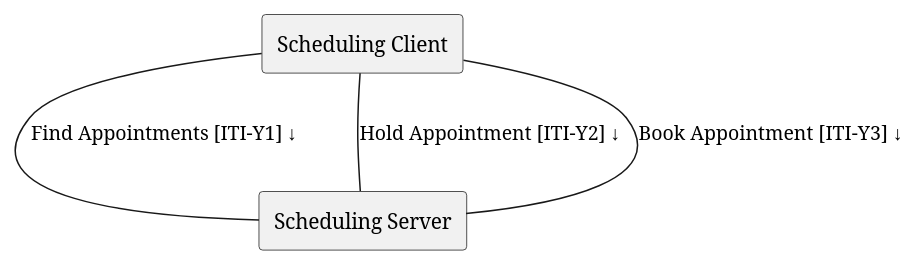
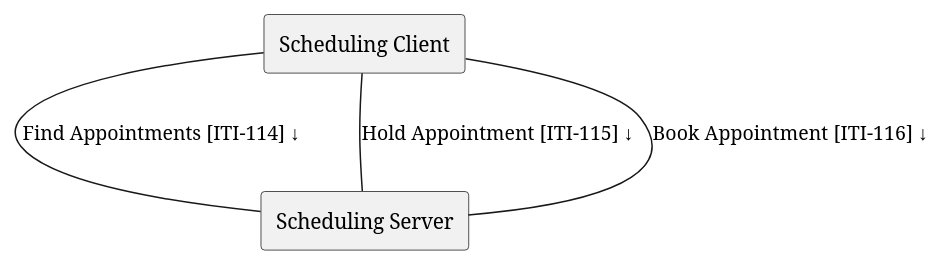
One commit to IHE/ITI.Scheduling changed the diagram in input/images-source/ActorsAndTransactions.plantuml. Above: the diagram before and after it, drawn with PlantUML. The commit also changed 12 other files, not shown here.

```diff
--- a/input/images-source/ActorsAndTransactions.plantuml
+++ b/input/images-source/ActorsAndTransactions.plantuml
@@ -1,7 +1,7 @@
 @startuml ActorsAndTransactions
 agent "Scheduling Client" as Client
 agent "Scheduling Server" as Server
-Client -- Server : "Find Appointments [ITI-Y1] ↓"
-Client -- Server : "Hold Appointment [ITI-Y2] ↓"
-Client -- Server : "Book Appointment [ITI-Y3] ↓"
+Client -- Server : "Find Appointments [ITI-114] ↓"
+Client -- Server : "Hold Appointment [ITI-115] ↓"
+Client -- Server : "Book Appointment [ITI-116] ↓"
 @enduml
```
